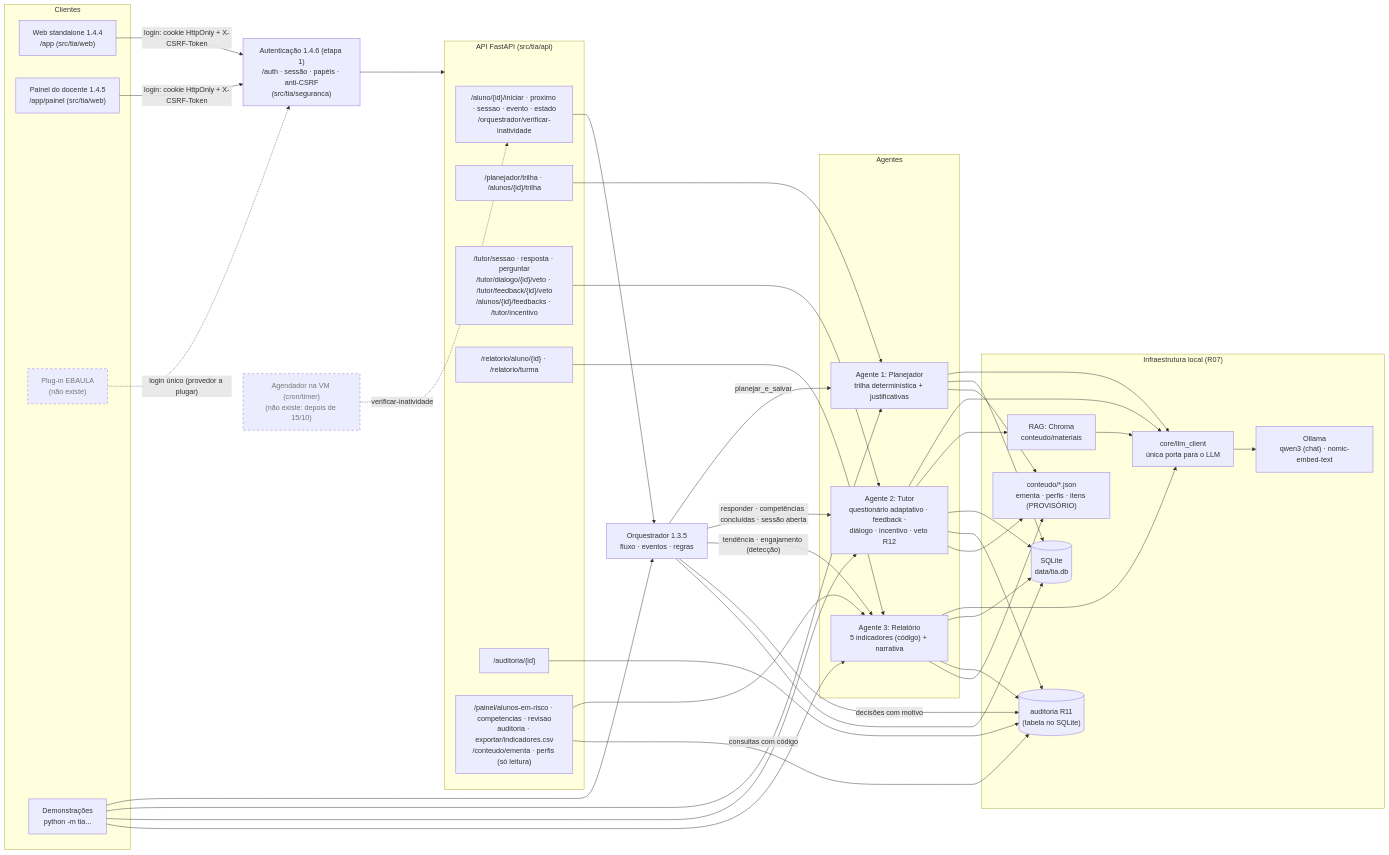
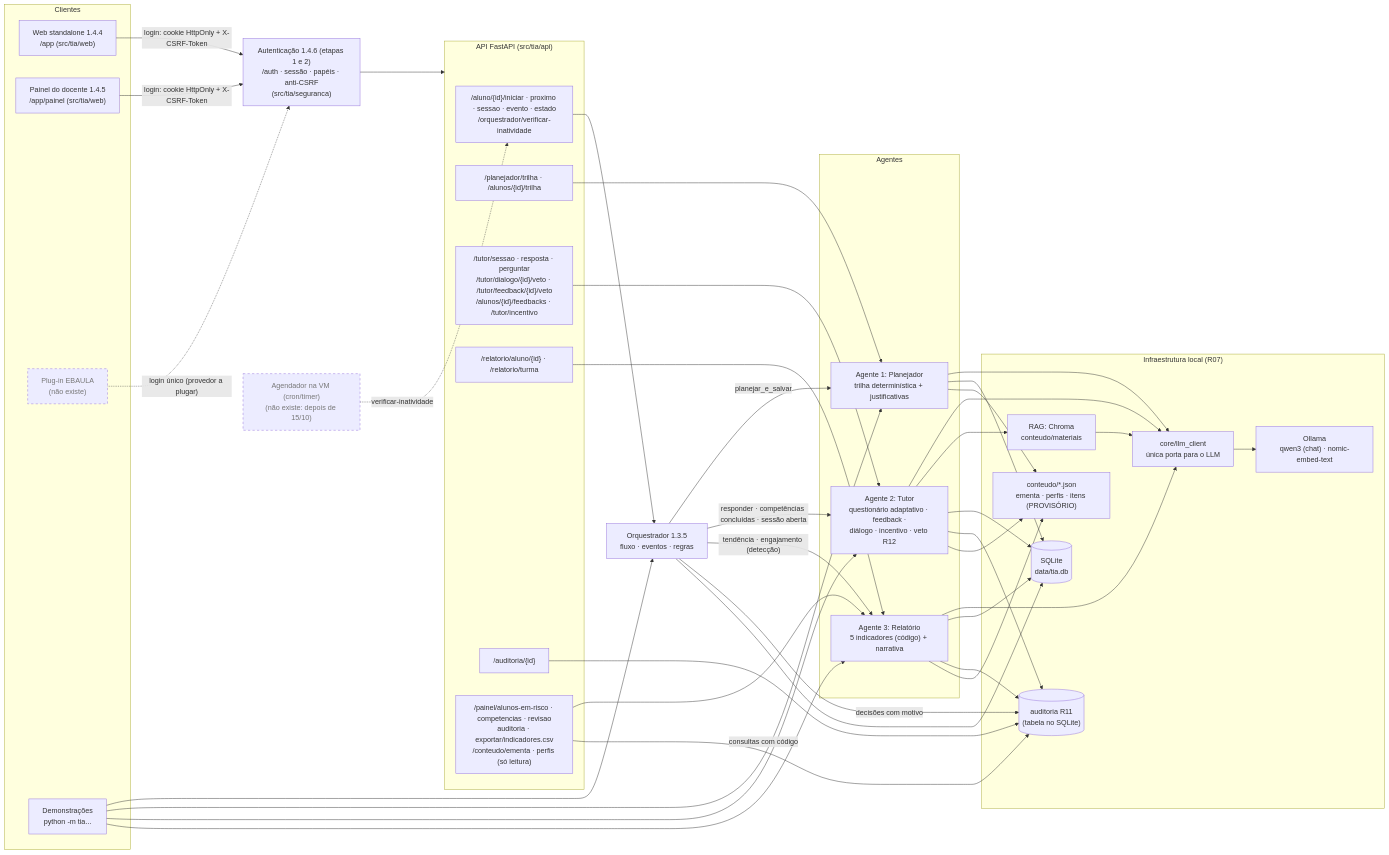
The first of 2 diagrams in docs/arquitetura/arquitetura.md (AdrianoPortes403/tia-projeto), drawn with Mermaid before and after one commit. The commit also changed other lines of this file and 26 other files, not shown here.

Commit message:
feat: segurança etapa 1b (limpeza de sessões e IPs, agregação de 401/429, política de senha com troca obrigatória, expiração de sessão, análise do SameSite para o EBAULA)

````diff
--- a/docs/arquitetura/arquitetura.md
+++ b/docs/arquitetura/arquitetura.md
@@ -11,67 +11,67 @@
 ```mermaid
 flowchart LR
     subgraph Clientes
         WEB["Web standalone 1.4.4<br/>/app (src/tia/web)"]
         DASH["Painel do docente 1.4.5<br/>/app/painel (src/tia/web)"]
         EBA["Plug-in EBAULA<br/>(não existe)"]:::futuro
         CLI["Demonstrações<br/>python -m tia..."]
     end
 
-    AUTH["Autenticação 1.4.6 (etapa 1)<br/>/auth · sessão · papéis · anti-CSRF<br/>(src/tia/seguranca)"]
+    AUTH["Autenticação 1.4.6 (etapas 1 e 2)<br/>/auth · sessão · papéis · anti-CSRF<br/>(src/tia/seguranca)"]
     CRON["Agendador na VM (cron/timer)<br/>(não existe: depois de 15/10)"]:::futuro
 
     subgraph API["API FastAPI (src/tia/api)"]
         RORQ["/aluno/{id}/iniciar · proximo · sessao · evento · estado<br/>/orquestrador/verificar-inatividade"]
         RPLAN["/planejador/trilha · /alunos/{id}/trilha"]
         RTUT["/tutor/sessao · resposta · perguntar<br/>/tutor/dialogo/{id}/veto · /tutor/feedback/{id}/veto<br/>/alunos/{id}/feedbacks · /tutor/incentivo"]
         RREL["/relatorio/aluno/{id} · /relatorio/turma"]
         RAUD["/auditoria/{id}"]
         RPAI["/painel/alunos-em-risco · competencias · revisao<br/>auditoria · exportar/indicadores.csv<br/>/conteudo/ementa · perfis (só leitura)"]
     end
 
     ORQ["Orquestrador 1.3.5<br/>fluxo · eventos · regras"]
 
     subgraph Agentes
         A1["Agente 1: Planejador<br/>trilha determinística + justificativas"]
         A2["Agente 2: Tutor<br/>questionário adaptativo · feedback ·<br/>diálogo · incentivo · veto R12"]
         A3["Agente 3: Relatório<br/>5 indicadores (código) + narrativa"]
     end
 
     subgraph Infra["Infraestrutura local (R07)"]
         LLM["core/llm_client<br/>única porta para o LLM"]
         OLL["Ollama<br/>qwen3 (chat) · nomic-embed-text"]
         RAG["RAG: Chroma<br/>conteudo/materiais"]
         DB[("SQLite<br/>data/tia.db")]
         AUD[("auditoria R11<br/>(tabela no SQLite)")]
         CONT["conteudo/*.json<br/>ementa · perfis · itens (PROVISÓRIO)"]
     end
 
     WEB & DASH -->|"login: cookie HttpOnly + X-CSRF-Token"| AUTH --> API
     EBA -.->|"login único (provedor a plugar)"| AUTH
     CRON -.->|"verificar-inatividade"| RORQ
     CLI --> ORQ & A1 & A2 & A3
     RORQ --> ORQ
     RPLAN --> A1
     RTUT --> A2
     RREL --> A3
     RAUD --> AUD
     RPAI --> A3
     RPAI -->|"consultas com código"| AUD
 
     ORQ -->|"planejar_e_salvar"| A1
     ORQ -->|"responder · competências concluídas · sessão aberta"| A2
     ORQ -->|"tendência · engajamento (detecção)"| A3
     ORQ -->|"decisões com motivo"| AUD
 
     A1 --> LLM
     A2 --> LLM
     A3 --> LLM
     A2 --> RAG
     RAG --> LLM
     LLM --> OLL
     A1 & A2 & A3 & ORQ --> DB
     A2 & A3 --> AUD
     A1 & A2 & A3 --> CONT
 
     classDef futuro stroke-dasharray: 5 5,color:#777
 ```
````
